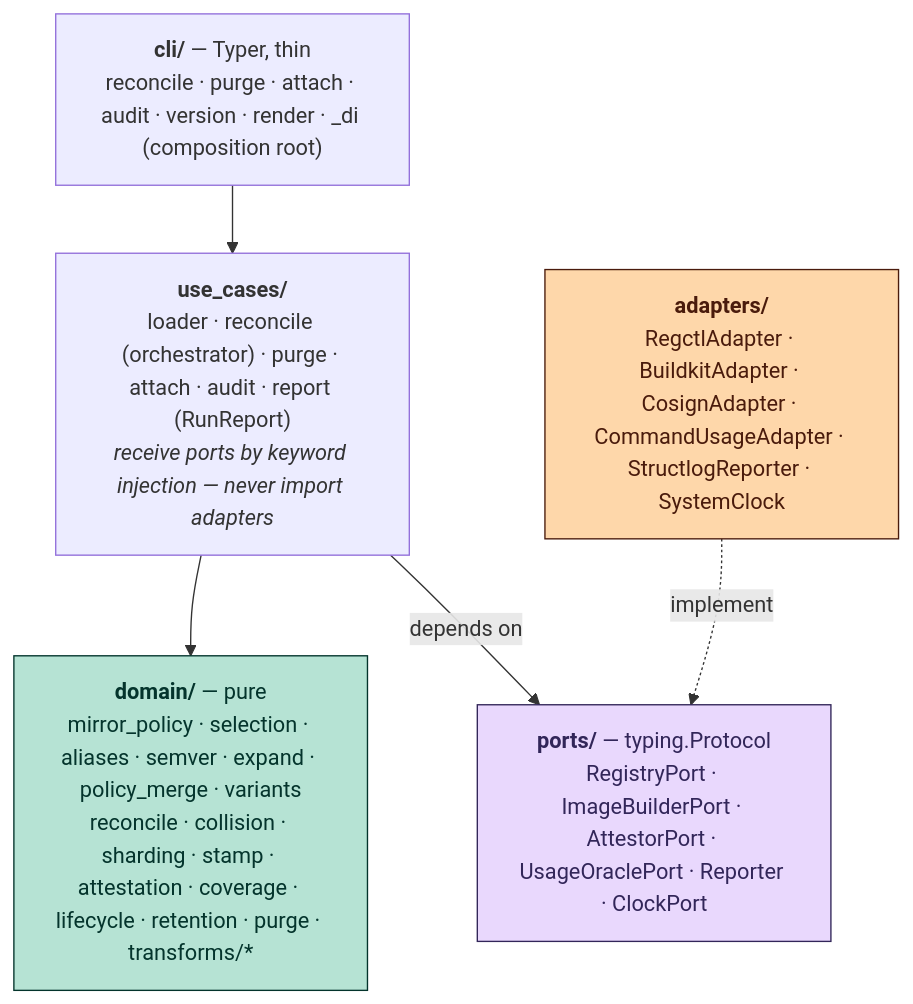
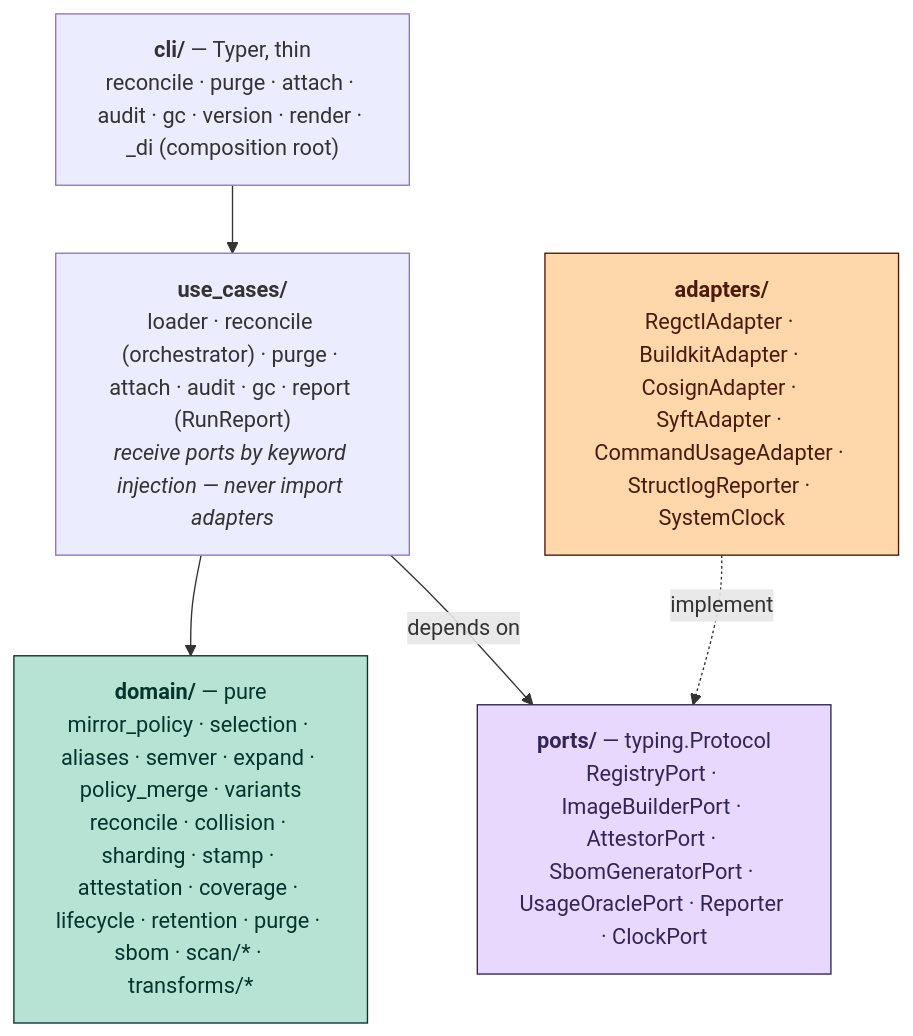
Before and after one commit to trivoallan/knock: the first of 2 diagrams in docs/architecture/design.md, drawn with Mermaid. The commit also changed other lines of this file and 3 other files, not shown here.

Commit message:
docs: sync README/roadmap/design with shipped SBOM, gc, and docs site (#146)

````diff
--- a/docs/architecture/design.md
+++ b/docs/architecture/design.md
@@ -43,20 +43,20 @@
 ```mermaid
 flowchart TD
-    cli["<b>cli/</b> — Typer, thin<br/>reconcile · purge · attach · audit · version · render · _di (composition root)"]
-    uc["<b>use_cases/</b><br/>loader · reconcile (orchestrator) · purge · attach · audit · report (RunReport)<br/><i>receive ports by keyword injection — never import adapters</i>"]
-    domain["<b>domain/</b> — pure<br/>mirror_policy · selection · aliases · semver · expand · policy_merge · variants<br/>reconcile · collision · sharding · stamp · attestation · coverage · lifecycle · retention · purge · transforms/*"]
-    ports["<b>ports/</b> — typing.Protocol<br/>RegistryPort · ImageBuilderPort · AttestorPort · UsageOraclePort · Reporter · ClockPort"]
-    adapters["<b>adapters/</b><br/>RegctlAdapter · BuildkitAdapter · CosignAdapter · CommandUsageAdapter · StructlogReporter · SystemClock"]
+    cli["<b>cli/</b> — Typer, thin<br/>reconcile · purge · attach · audit · gc · version · render · _di (composition root)"]
+    uc["<b>use_cases/</b><br/>loader · reconcile (orchestrator) · purge · attach · audit · gc · report (RunReport)<br/><i>receive ports by keyword injection — never import adapters</i>"]
+    domain["<b>domain/</b> — pure<br/>mirror_policy · selection · aliases · semver · expand · policy_merge · variants<br/>reconcile · collision · sharding · stamp · attestation · coverage · lifecycle · retention · purge · sbom · scan/* · transforms/*"]
+    ports["<b>ports/</b> — typing.Protocol<br/>RegistryPort · ImageBuilderPort · AttestorPort · SbomGeneratorPort · UsageOraclePort · Reporter · ClockPort"]
+    adapters["<b>adapters/</b><br/>RegctlAdapter · BuildkitAdapter · CosignAdapter · SyftAdapter · CommandUsageAdapter · StructlogReporter · SystemClock"]
 
     cli --> uc
     uc --> domain
     uc -->|depends on| ports
     adapters -.->|implement| ports
 
     classDef pure fill:#b6e3d4,stroke:#04342c,color:#04342c;
     classDef port fill:#e9d8fd,stroke:#322659,color:#322659;
     classDef adapter fill:#fed7aa,stroke:#4a1b0c,color:#4a1b0c;
     class domain pure;
     class ports port;
     class adapters adapter;
 ```
````
